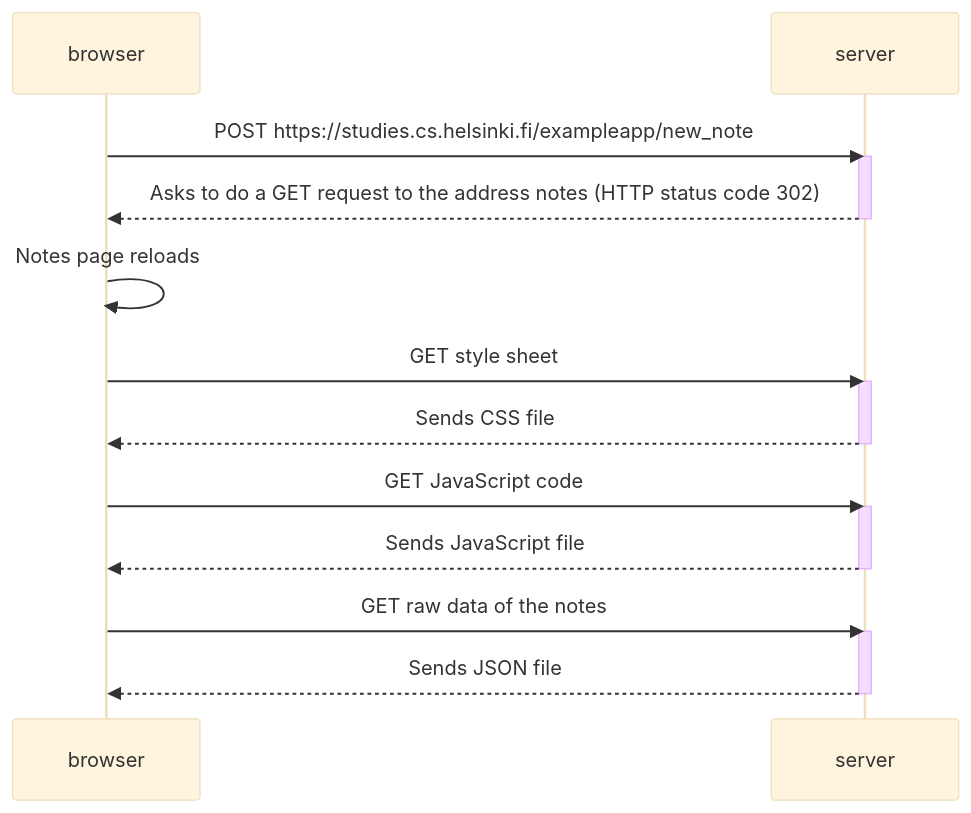
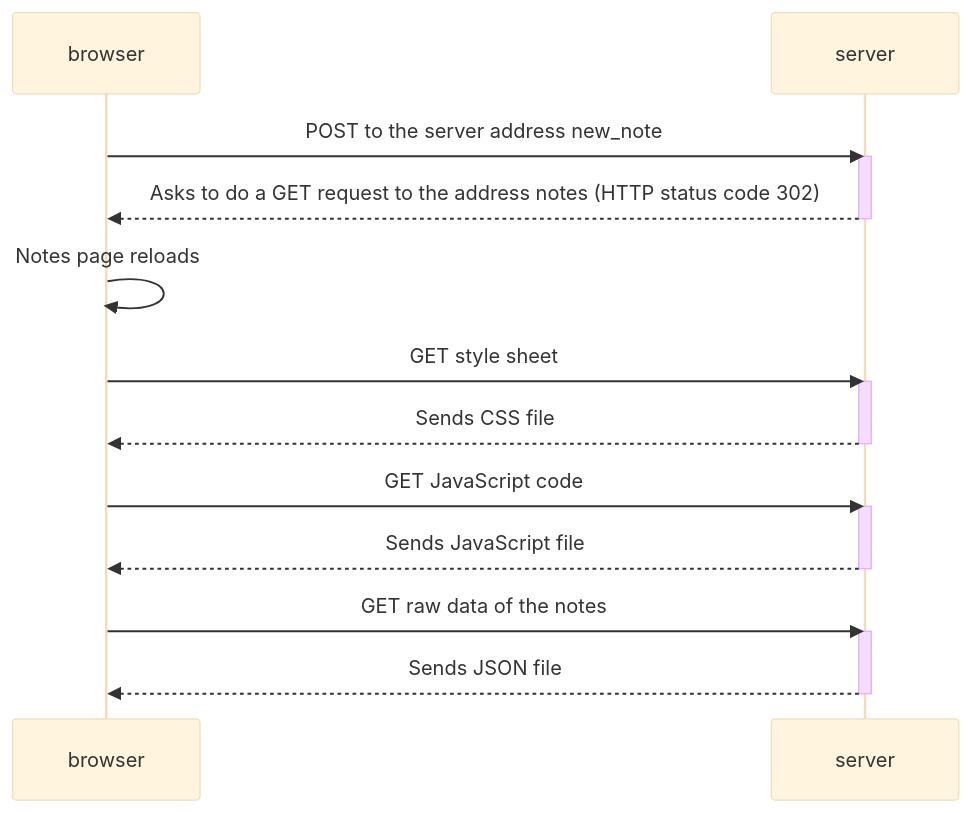
One commit to early-dew/FullStackOpen changed the diagram in Part0/0.4: New note diagram.md. Above: the diagram before and after it, drawn with Mermaid (base theme).

Commit message:
Update 0.4: New note diagram.md

````diff
--- a/Part0/0.4: New note diagram.md
+++ b/Part0/0.4: New note diagram.md
@@ -1,22 +1,22 @@
 ```mermaid
 sequenceDiagram
  participant browser
  participant server
- browser->>server: POST https://studies.cs.helsinki.fi/exampleapp/new_note
+ browser->>server: POST to the server address new_note
  activate server
  server-->>browser:  Asks to do a GET request to the address notes (HTTP status code 302)
  deactivate server
  browser->>browser: Notes page reloads
  browser->>server: GET style sheet
  activate server
  server-->>browser: Sends CSS file
  deactivate server
  browser->>server: GET JavaScript code
  activate server
  server-->>browser: Sends JavaScript file
  deactivate server
  browser->>server: GET raw data of the notes
  activate server
  server-->>browser: Sends JSON file
  deactivate server
 ```
````
